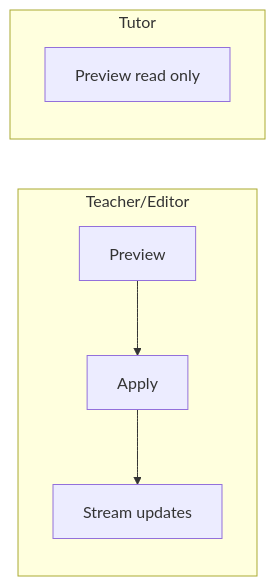
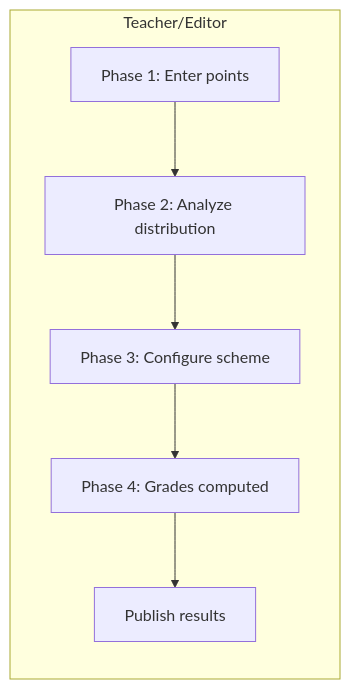
The sixth of 8 diagrams in architecture/src/features/12-views.md (MaMpf-HD/mampf), drawn with Mermaid before and after one commit. The commit also changed other lines of this file and 16 other files, not shown here.

````diff
--- a/architecture/src/features/12-views.md
+++ b/architecture/src/features/12-views.md
@@ -364,10 +417,9 @@
 ```mermaid
 flowchart LR
   subgraph TEACHER_EDITOR [Teacher/Editor]
-    PRV[Preview] --> APP[Apply]
-    APP --> STR[Stream updates]
-  end
-  subgraph TUTOR [Tutor]
-    PRVT[Preview read only]
+    P1[Phase 1: Enter points] --> P2[Phase 2: Analyze distribution]
+    P2 --> P3[Phase 3: Configure scheme]
+    P3 --> P4[Phase 4: Grades computed]
+    P4 --> PUB[Publish results]
   end
 ```
````
